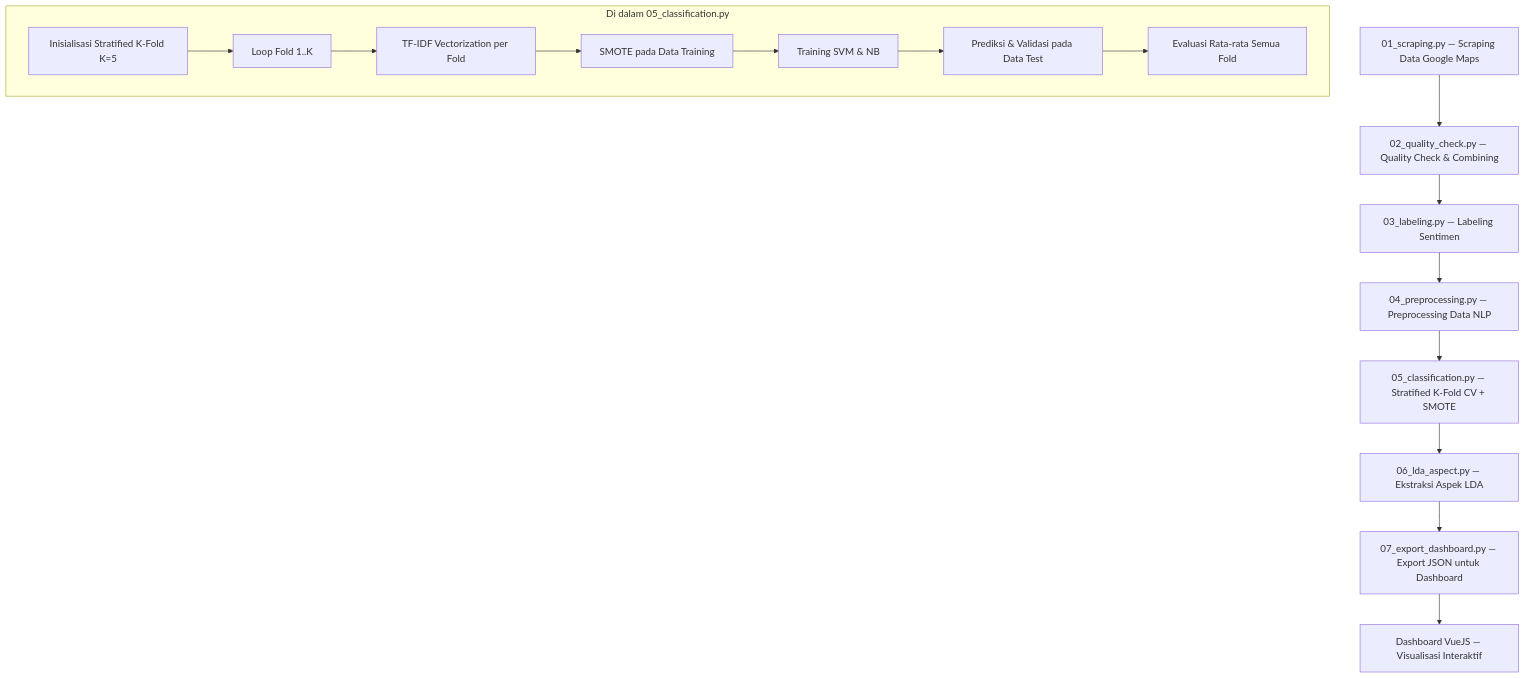
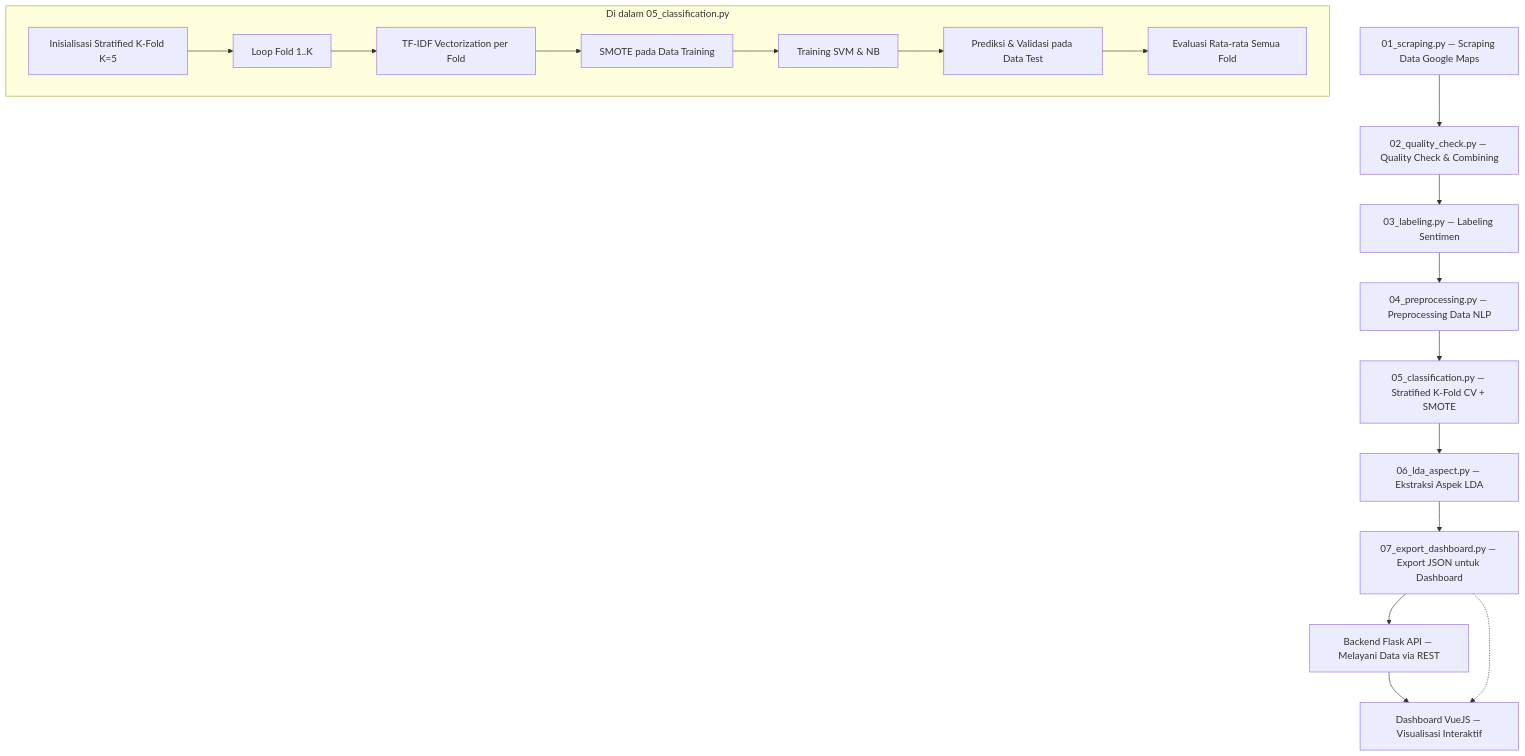
Before and after one commit to andhikabagaskara-IT/ABSAMieGacoan: the diagram in implementation_plan.md, drawn with Mermaid. The commit also changed other lines of this file and 68 other files, not shown here.

````diff
--- a/implementation_plan.md
+++ b/implementation_plan.md
@@ -17,19 +17,21 @@
 ```mermaid
 graph TD
     A["01_scraping.py — Scraping Data Google Maps"] --> B["02_quality_check.py — Quality Check & Combining"]
     B --> C["03_labeling.py — Labeling Sentimen"]
     C --> D["04_preprocessing.py — Preprocessing Data NLP"]
     D --> E["05_classification.py — Stratified K-Fold CV + SMOTE"]
     E --> F["06_lda_aspect.py — Ekstraksi Aspek LDA"]
     F --> G["07_export_dashboard.py — Export JSON untuk Dashboard"]
-    G --> H["Dashboard VueJS — Visualisasi Interaktif"]
+    G --> H["Backend Flask API — Melayani Data via REST"]
+    H --> I["Dashboard VueJS — Visualisasi Interaktif"]
+    G -.-> I
     
     subgraph "Di dalam 05_classification.py"
         E1["Inisialisasi Stratified K-Fold K=5"] --> E2["Loop Fold 1..K"]
         E2 --> E3["TF-IDF Vectorization per Fold"]
         E3 --> E4["SMOTE pada Data Training"]
         E4 --> E5["Training SVM & NB"]
         E5 --> E6["Prediksi & Validasi pada Data Test"]
         E6 --> E7["Evaluasi Rata-rata Semua Fold"]
     end
 ```
````
